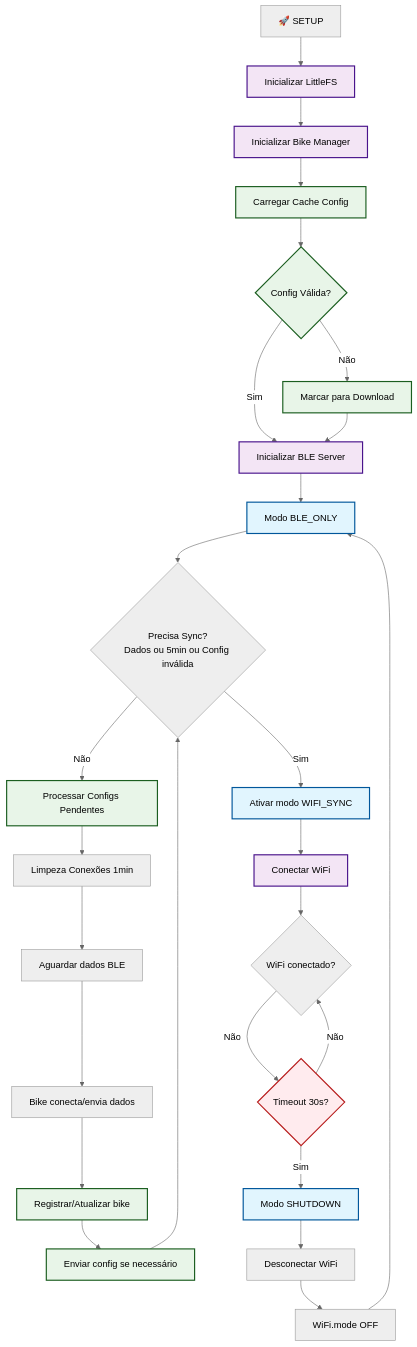
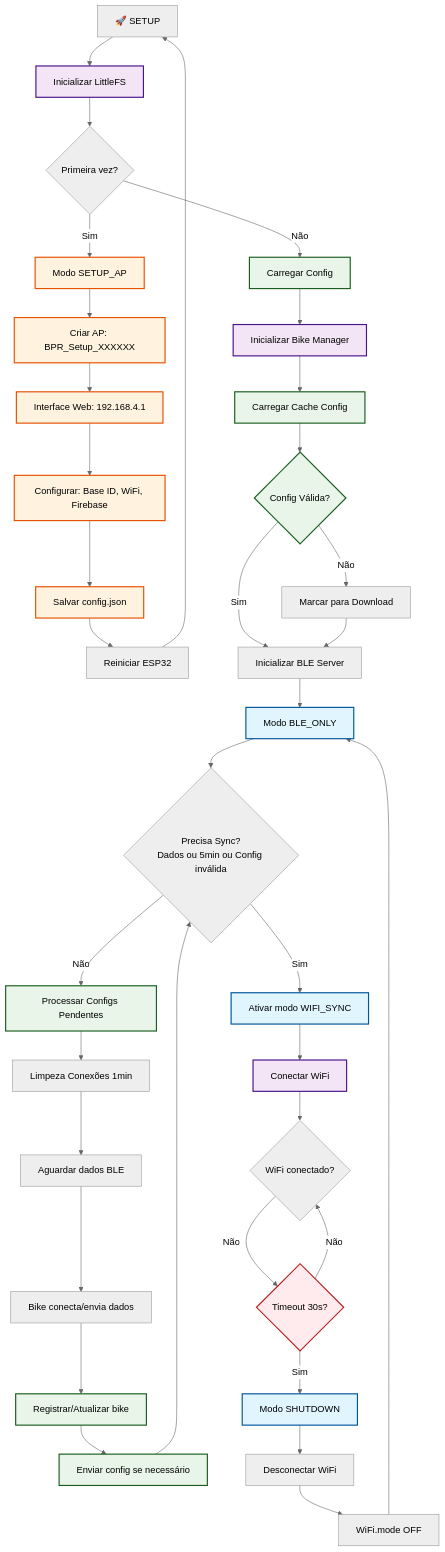
One commit to Ameciclo/bpr-sistema changed the first of 6 diagrams in docs/central-firmware-flow.md. Above: the diagram before and after it, drawn with Mermaid (neutral theme). The commit also changed other lines of this file and 1 other file, not shown here.

Commit message:
atualizando documentação

````diff
--- a/docs/central-firmware-flow.md
+++ b/docs/central-firmware-flow.md
@@ -7,41 +7,53 @@
 ```mermaid
 graph TD
     A[🚀 SETUP] --> B[Inicializar LittleFS]
-    B --> C[Inicializar Bike Manager]
-    C --> D[Carregar Cache Config]
-    D --> E{Config Válida?}
-    E -->|Não| F[Marcar para Download]
-    E -->|Sim| G[Inicializar BLE Server]
-    F --> G
-    G --> H[Modo BLE_ONLY]
+    B --> C{Primeira vez?}
+    C -->|Sim| D[Modo SETUP_AP]
+    D --> E[Criar AP: BPR_Setup_XXXXXX]
+    E --> F[Interface Web: 192.168.4.1]
+    F --> G[Configurar: Base ID, WiFi, Firebase]
+    G --> H[Salvar config.json]
+    H --> I[Reiniciar ESP32]
+    I --> A
     
-    H --> I{"Precisa Sync?<br/>Dados ou 5min ou Config inválida"}
-    I -->|Não| J[Processar Configs Pendentes]
-    J --> K[Limpeza Conexões 1min]
-    K --> L[Aguardar dados BLE]
-    L --> M[Bike conecta/envia dados]
-    M --> N[Registrar/Atualizar bike]
-    N --> O[Enviar config se necessário]
-    O --> I
-    I -->|Sim| P[Ativar modo WIFI_SYNC]
+    C -->|Não| J[Carregar Config]
+    J --> K[Inicializar Bike Manager]
+    K --> L[Carregar Cache Config]
+    L --> M{Config Válida?}
+    M -->|Não| N[Marcar para Download]
+    M -->|Sim| O[Inicializar BLE Server]
+    N --> O
+    O --> P[Modo BLE_ONLY]
     
-    P --> Q[Conectar WiFi]
-    Q --> R{WiFi conectado?}
-    R -->|Não| S{Timeout 30s?}
-    S -->|Não| R
-    S -->|Sim| T[Modo SHUTDOWN]
+    P --> Q{"Precisa Sync?<br/>Dados ou 5min ou Config inválida"}
+    Q -->|Não| R[Processar Configs Pendentes]
+    R --> S[Limpeza Conexões 1min]
+    S --> T[Aguardar dados BLE]
+    T --> U[Bike conecta/envia dados]
+    U --> V[Registrar/Atualizar bike]
+    V --> W[Enviar config se necessário]
+    W --> Q
+    Q -->|Sim| X[Ativar modo WIFI_SYNC]
     
-    T --> U[Desconectar WiFi]
-    U --> V[WiFi.mode OFF]
-    V --> H
+    X --> Y[Conectar WiFi]
+    Y --> Z{WiFi conectado?}
+    Z -->|Não| AA{Timeout 30s?}
+    AA -->|Não| Z
+    AA -->|Sim| BB[Modo SHUTDOWN]
+    
+    BB --> CC[Desconectar WiFi]
+    CC --> DD[WiFi.mode OFF]
+    DD --> P
     
     classDef modeClass fill:#e1f5fe,stroke:#01579b,stroke-width:2px
     classDef processClass fill:#f3e5f5,stroke:#4a148c,stroke-width:2px
     classDef configClass fill:#e8f5e8,stroke:#1b5e20,stroke-width:2px
+    classDef setupClass fill:#fff3e0,stroke:#e65100,stroke-width:2px
     classDef errorClass fill:#ffebee,stroke:#b71c1c,stroke-width:2px
     
-    class H,P,T modeClass
-    class B,C,G,Q processClass
-    class D,E,F,J,N,O configClass
-    class S errorClass
+    class P,X,BB modeClass
+    class B,K,Y processClass
+    class J,L,M,R,V,W configClass
+    class D,E,F,G,H setupClass
+    class AA errorClass
 ```
````
